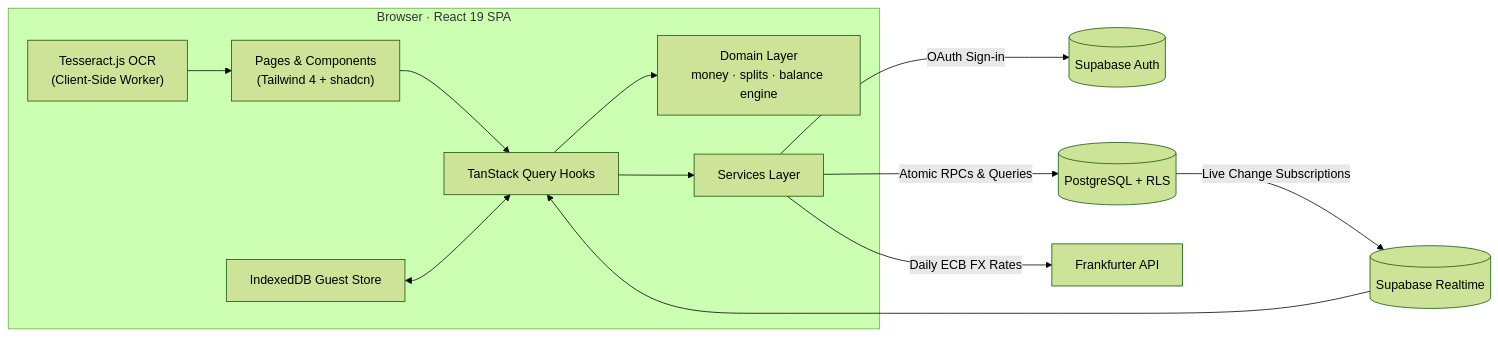
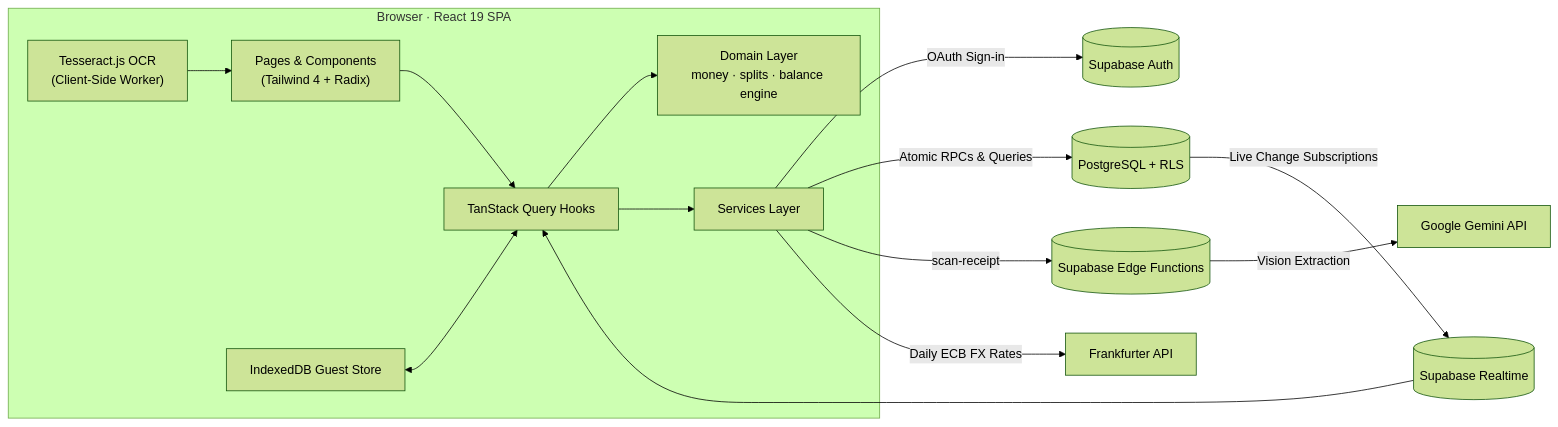
One commit to Nikhil9182/Tabby changed the second of 2 diagrams in README.md. Above: the diagram before and after it, drawn with Mermaid (forest theme). The commit also changed other lines of this file and 4 other files, not shown here.

First line of the commit message:
docs: update README with AI scanning architecture and discount reconciliation

````diff
--- a/README.md
+++ b/README.md
@@ -154,16 +190,18 @@
 ```mermaid
 flowchart LR
   subgraph Client["Browser · React 19 SPA"]
-    UI["Pages & Components<br/>(Tailwind 4 + shadcn)"] --> Hooks["TanStack Query Hooks"]
+    UI["Pages & Components<br/>(Tailwind 4 + Radix)"] --> Hooks["TanStack Query Hooks"]
     OCR["Tesseract.js OCR<br/>(Client-Side Worker)"] --> UI
     Hooks --> Domain["Domain Layer<br/>money · splits · balance engine"]
     Hooks --> Services["Services Layer"]
     GuestStore["IndexedDB Guest Store"] <--> Hooks
   end
 
   Services -->|OAuth Sign-in| Auth[(Supabase Auth)]
   Services -->|Atomic RPCs & Queries| DB[(PostgreSQL + RLS)]
+  Services -->|scan-receipt| EdgeFunc[(Supabase Edge Functions)]
+  EdgeFunc -->|Vision Extraction| Gemini[Google Gemini API]
   DB -->|Live Change Subscriptions| Realtime[(Supabase Realtime)]
   Realtime --> Hooks
   Services -->|Daily ECB FX Rates| FX[Frankfurter API]
 ```
````
